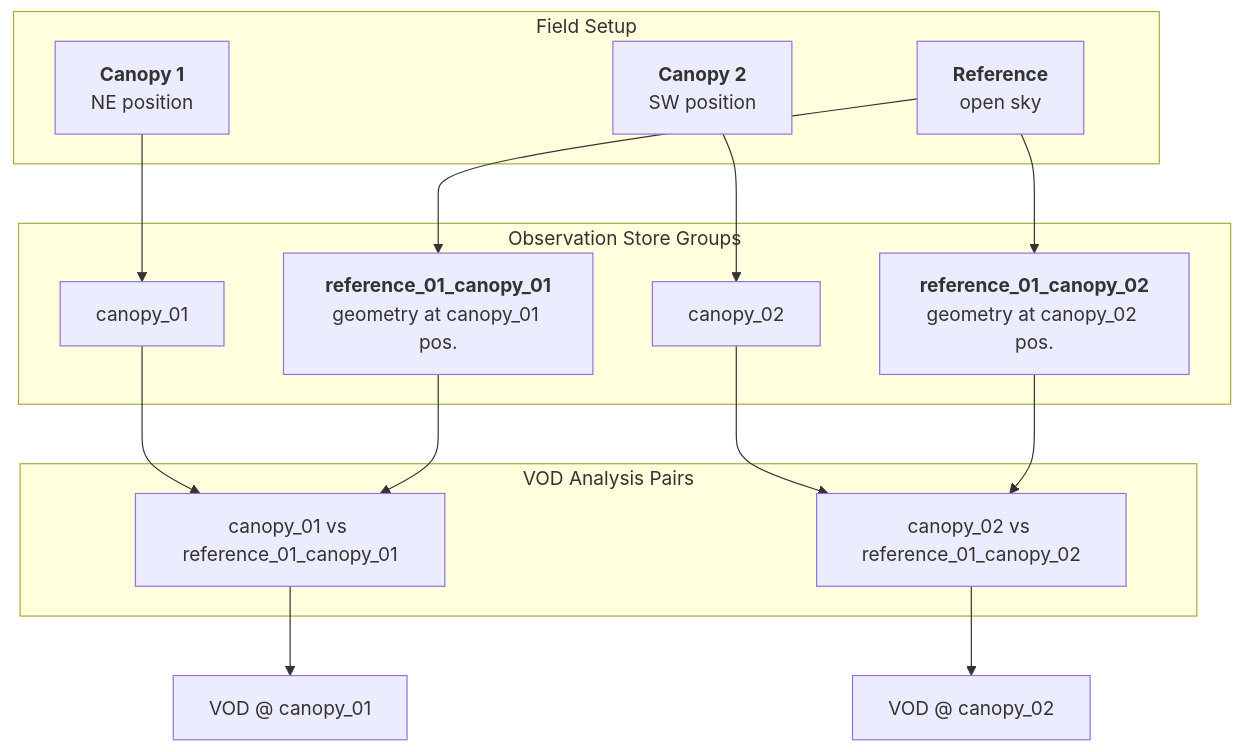
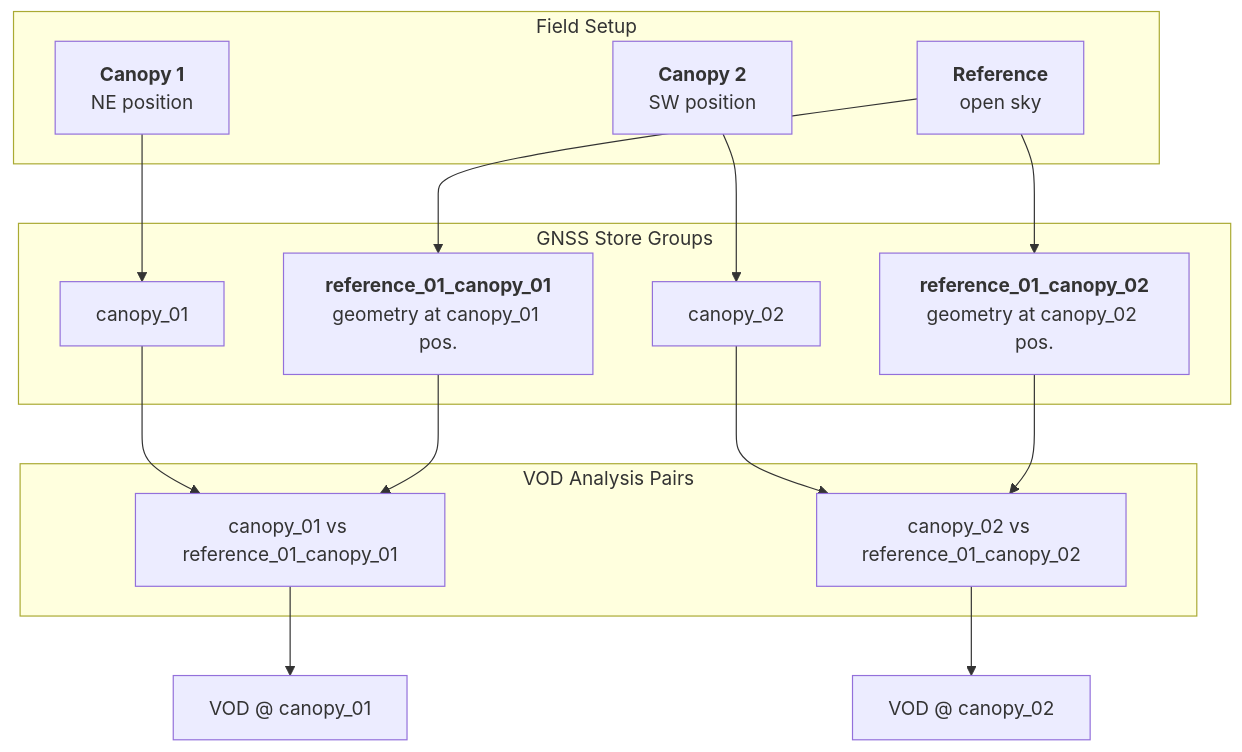
Before and after one commit to TUW-GEO/canvodpy: the diagram in docs/packages/vod/overview.md, drawn with Mermaid. The commit also changed 24 other files, not shown here.

First line of the commit message:
docs: call the store of receiver data the GNSS store

````diff
--- a/docs/packages/vod/overview.md
+++ b/docs/packages/vod/overview.md
@@ -98,36 +98,36 @@
 ```mermaid
 flowchart TD
     subgraph FIELD["Field Setup"]
         C1["`**Canopy 1**
         NE position`"]
         C2["`**Canopy 2**
         SW position`"]
         R1["`**Reference**
         open sky`"]
     end
 
-    subgraph STORE["Observation Store Groups"]
+    subgraph STORE["GNSS Store Groups"]
         SG1["canopy_01"]
         SG2["canopy_02"]
         SG3["`**reference_01_canopy_01**
         geometry at canopy_01 pos.`"]
         SG4["`**reference_01_canopy_02**
         geometry at canopy_02 pos.`"]
     end
 
     subgraph VOD["VOD Analysis Pairs"]
         VP1["canopy_01 vs reference_01_canopy_01"]
         VP2["canopy_02 vs reference_01_canopy_02"]
     end
 
     C1 --> SG1
     C2 --> SG2
     R1 --> SG3
     R1 --> SG4
     SG1 --> VP1
     SG3 --> VP1
     SG2 --> VP2
     SG4 --> VP2
     VP1 --> V1["VOD @ canopy_01"]
     VP2 --> V2["VOD @ canopy_02"]
 ```
````
